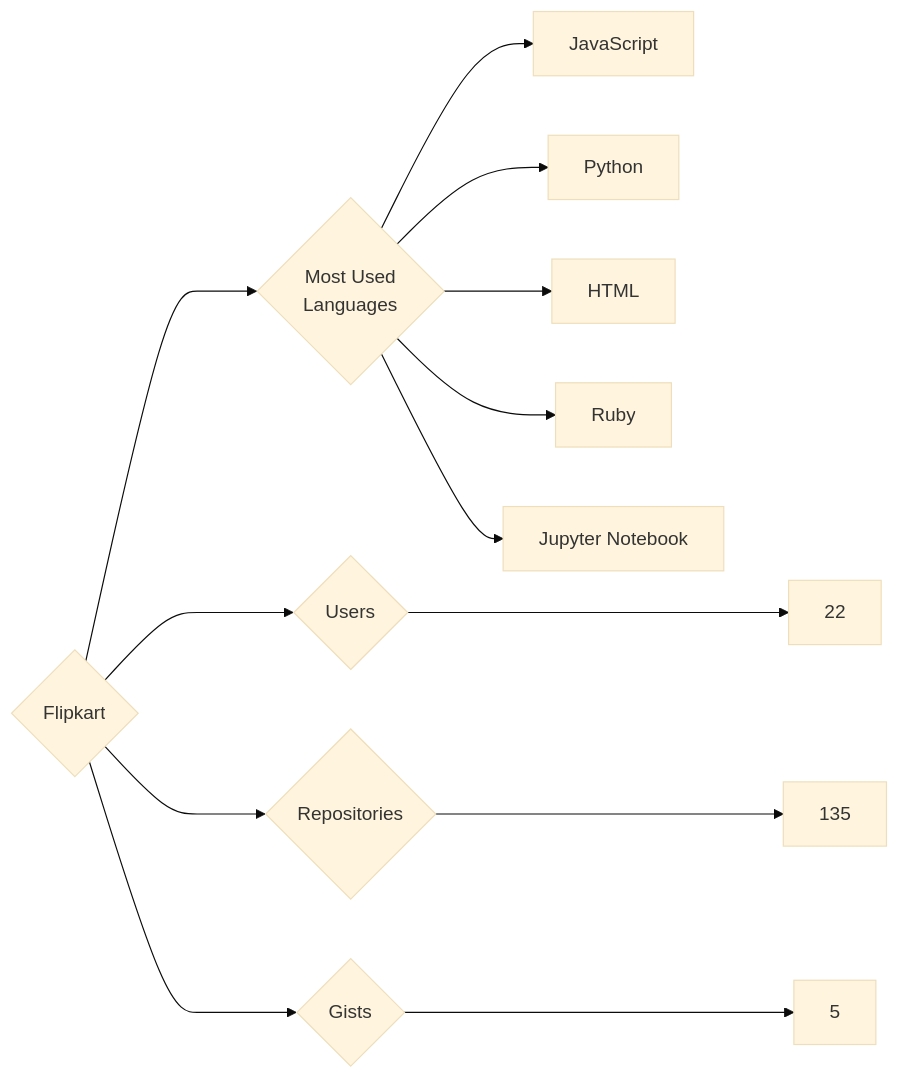
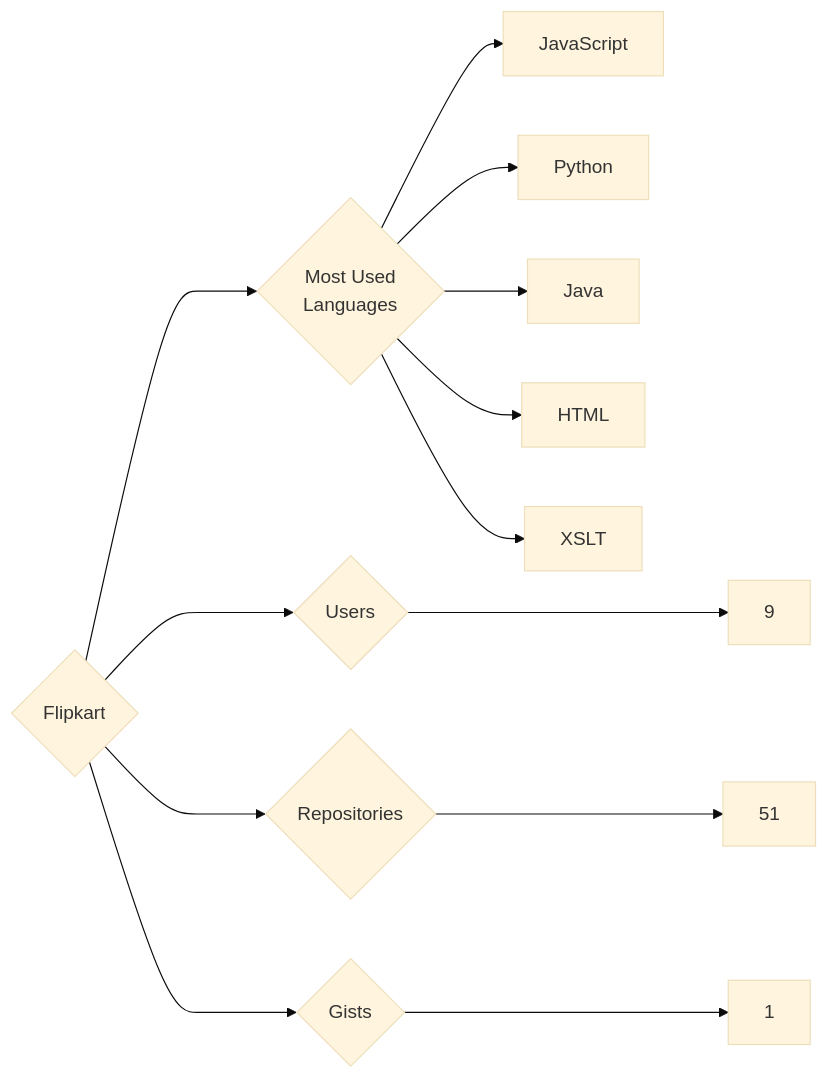
One commit to trickest/insiders changed the diagram in targets/Flipkart/README.md. Above: the diagram before and after it, drawn with Mermaid (base theme). The commit also changed 861 other files, not shown here.

````diff
--- a/targets/Flipkart/README.md
+++ b/targets/Flipkart/README.md
@@ -3,13 +3,13 @@
 ```mermaid
 graph LR
 COMPANY_NAME{Flipkart}
-COMPANY_NAME ---> U{Users} ---> UN[22]
-COMPANY_NAME ---> R{Repositories} ---> RN[135]
-COMPANY_NAME ---> G{Gists} ---> GN[5]
+COMPANY_NAME ---> U{Users} ---> UN[9]
+COMPANY_NAME ---> R{Repositories} ---> RN[51]
+COMPANY_NAME ---> G{Gists} ---> GN[1]
 COMPANY_NAME ---> ML{Most Used<br>Languages}
 ML --> JavaScript[JavaScript]
 ML --> Python[Python]
+ML --> Java[Java]
 ML --> HTML[HTML]
-ML --> Ruby[Ruby]
-ML --> Jupyter_Notebook[Jupyter Notebook]
+ML --> XSLT[XSLT]
 ```
````
